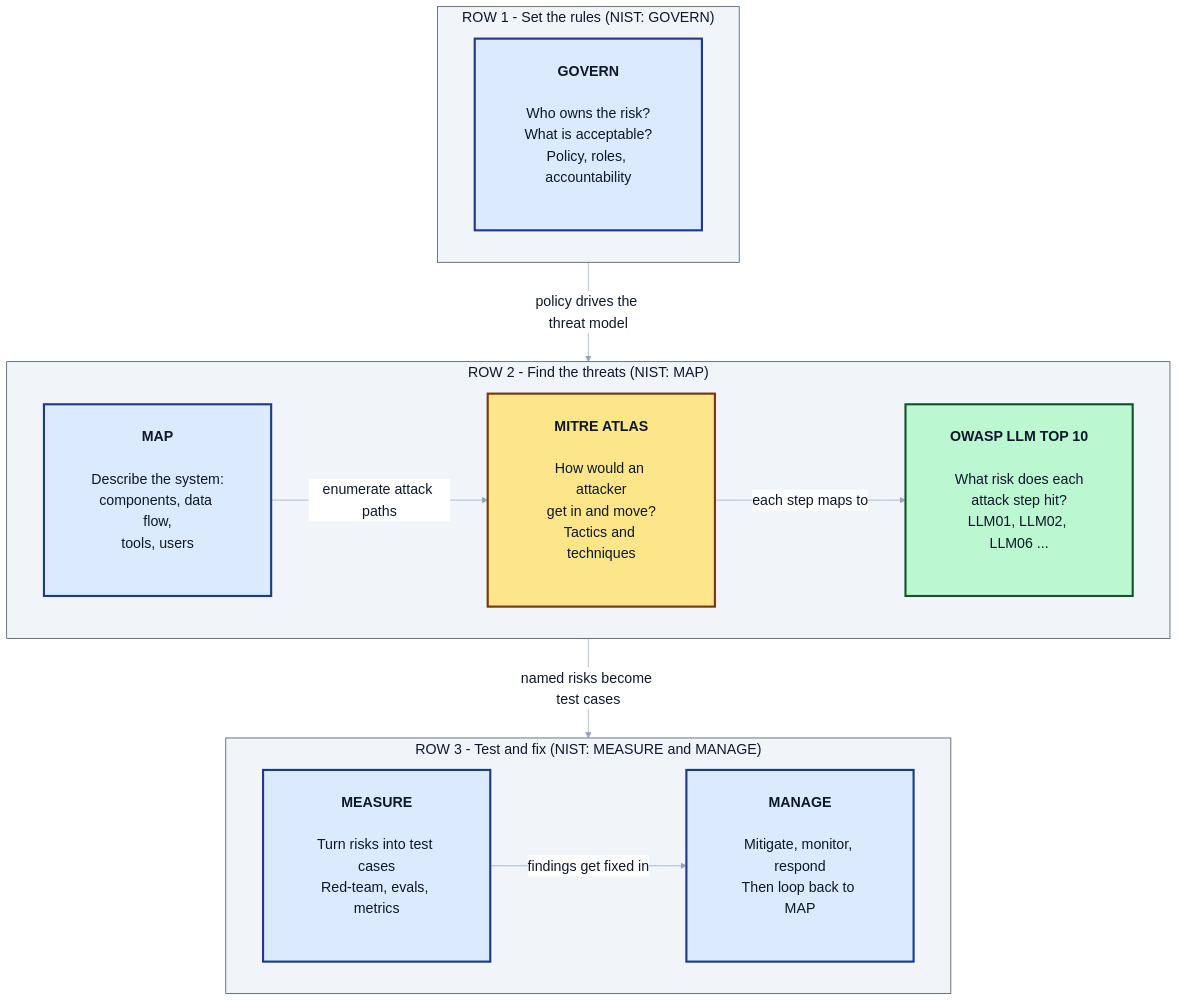
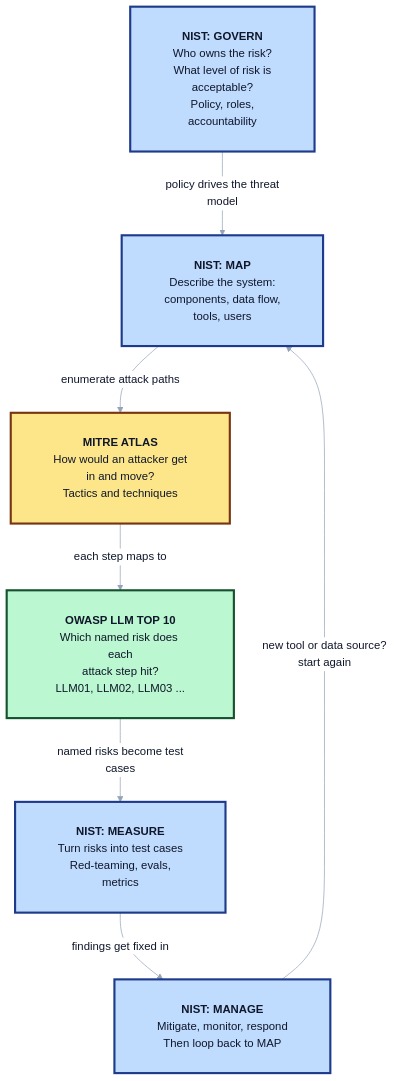
The first of 3 diagrams in 30_ai_shield/01_threat_modeling/README.md (Sheharyar-Sarmad/ai-zero-to-hero), drawn with Mermaid before and after one commit. The commit also changed other lines of this file and 1 other file, not shown here.

````diff
--- a/30_ai_shield/01_threat_modeling/README.md
+++ b/30_ai_shield/01_threat_modeling/README.md
@@ -61,47 +101,37 @@
 ```mermaid
 %%{init: {
   'theme': 'base',
   'themeVariables': {
-    'fontFamily': 'ui-sans-serif, system-ui, sans-serif',
-    'fontSize': '20px',
+    'fontFamily': 'Arial, Helvetica, sans-serif',
+    'fontSize': '16px',
     'primaryColor': '#e2e8f0',
     'primaryTextColor': '#0f172a',
     'primaryBorderColor': '#334155',
     'lineColor': '#94a3b8',
     'textColor': '#0f172a',
     'edgeLabelBackground': '#ffffff',
     'clusterBkg': '#f1f5f9',
     'clusterBorder': '#334155',
     'titleColor': '#0f172a'
   },
-  'flowchart': { 'nodeSpacing': 70, 'rankSpacing': 80, 'padding': 30, 'htmlLabels': true }
+  'flowchart': { 'nodeSpacing': 60, 'rankSpacing': 70, 'padding': 30, 'htmlLabels': true }
 }}%%
 flowchart TB
-    classDef nist  fill:#dbeafe,stroke:#1e3a8a,stroke-width:3px,color:#0f172a
+    classDef nist  fill:#bfdbfe,stroke:#1e3a8a,stroke-width:3px,color:#0f172a
     classDef atlas fill:#fde68a,stroke:#78350f,stroke-width:3px,color:#0f172a
     classDef owasp fill:#bbf7d0,stroke:#14532d,stroke-width:3px,color:#0f172a
 
-    subgraph R1["ROW 1 - Set the rules (NIST: GOVERN)"]
-        direction LR
-        GOV["<b>GOVERN</b><br/><br/>Who owns the risk?<br/>What is acceptable?<br/>Policy, roles, accountability<br/>&nbsp;"]:::nist
-    end
+    GOV["<b>NIST: GOVERN</b><br/>Who owns the risk?<br/>What level of risk is<br/>acceptable?<br/>Policy, roles,<br/>accountability"]:::nist
+    MAP["<b>NIST: MAP</b><br/>Describe the system:<br/>components, data flow,<br/>tools, users"]:::nist
+    ATLAS["<b>MITRE ATLAS</b><br/>How would an attacker get<br/>in and move?<br/>Tactics and techniques"]:::atlas
+    OWASP["<b>OWASP LLM TOP 10</b><br/>Which named risk does each<br/>attack step hit?<br/>LLM01, LLM02, LLM03 ..."]:::owasp
+    MEA["<b>NIST: MEASURE</b><br/>Turn risks into test cases<br/>Red-teaming, evals,<br/>metrics"]:::nist
+    MAN["<b>NIST: MANAGE</b><br/>Mitigate, monitor, respond<br/>Then loop back to MAP"]:::nist
 
-    subgraph R2["ROW 2 - Find the threats (NIST: MAP)"]
-        direction LR
-        MAP["<b>MAP</b><br/><br/>Describe the system:<br/>components, data flow,<br/>tools, users<br/>&nbsp;"]:::nist
-        ATLAS["<b>MITRE ATLAS</b><br/><br/>How would an attacker<br/>get in and move?<br/>Tactics and techniques<br/>&nbsp;"]:::atlas
-        OWASP["<b>OWASP LLM TOP 10</b><br/><br/>What risk does each<br/>attack step hit?<br/>LLM01, LLM02, LLM06 ...<br/>&nbsp;"]:::owasp
-        MAP -- "enumerate attack paths" --> ATLAS
-        ATLAS -- "each step maps to" --> OWASP
-    end
-
-    subgraph R3["ROW 3 - Test and fix (NIST: MEASURE and MANAGE)"]
-        direction LR
-        MEA["<b>MEASURE</b><br/><br/>Turn risks into test cases<br/>Red-team, evals, metrics<br/>&nbsp;"]:::nist
-        MAN["<b>MANAGE</b><br/><br/>Mitigate, monitor, respond<br/>Then loop back to MAP<br/>&nbsp;"]:::nist
-        MEA -- "findings get fixed in" --> MAN
-    end
-
-    R1 -- "policy drives the threat model" --> R2
-    R2 -- "named risks become test cases" --> R3
+    GOV -- "policy drives the threat<br/>model" --> MAP
+    MAP -- "enumerate attack paths" --> ATLAS
+    ATLAS -- "each step maps to" --> OWASP
+    OWASP -- "named risks become test<br/>cases" --> MEA
+    MEA -- "findings get fixed in" --> MAN
+    MAN -- "new tool or data source?<br/>start again" --> MAP
 ```
````
